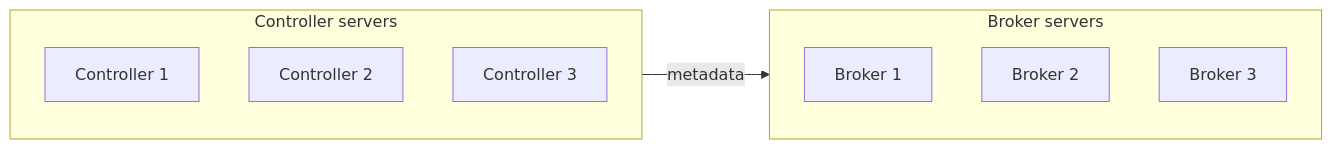
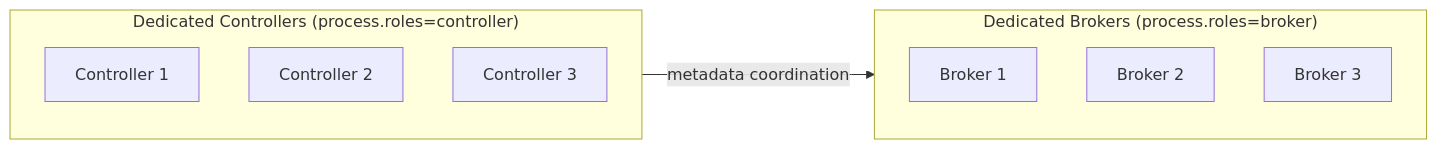
Diagram 14 of 16 in Inbox/Kafka_Obsidian_Organized/04 - Replication and KRaft/008-KRaft_and_Cluster_Consensus.md (Siddpawar9222/Obsidian-Vault), drawn with Mermaid before and after one commit. The commit also changed other lines of this file and 46 other files, not shown here.

````diff
--- a/Inbox/Kafka_Obsidian_Organized/04 - Replication and KRaft/008-KRaft_and_Cluster_Consensus.md
+++ b/Inbox/Kafka_Obsidian_Organized/04 - Replication and KRaft/008-KRaft_and_Cluster_Consensus.md
@@ -588,14 +407,14 @@
 ```mermaid
 flowchart LR
-    subgraph CS["Controller servers"]
+    subgraph Quorum["Dedicated Controllers (process.roles=controller)"]
         C1["Controller 1"]
         C2["Controller 2"]
         C3["Controller 3"]
     end
-    subgraph BS["Broker servers"]
+    subgraph Cluster["Dedicated Brokers (process.roles=broker)"]
         B1["Broker 1"]
         B2["Broker 2"]
         B3["Broker 3"]
     end
-    CS -->|"metadata"| BS
+    Quorum -->|"metadata coordination"| Cluster
 ```
````
